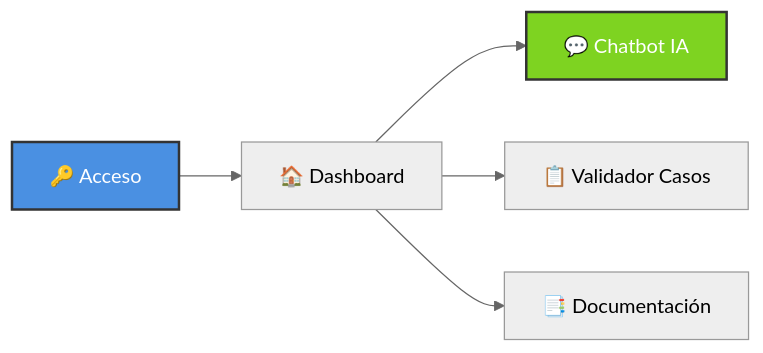
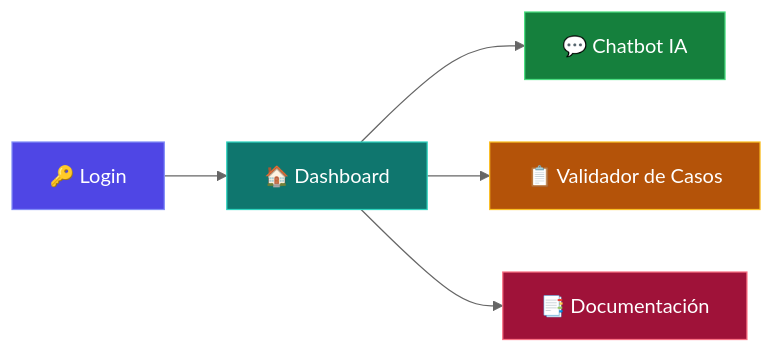
Before and after one commit to Alejandro14-hue/PIMD-CodeCrusaiders: the second of 2 diagrams in README.md, drawn with Mermaid (neutral theme). The commit also changed other lines of this file, not shown here.

````diff
--- a/README.md
+++ b/README.md
@@ -74,10 +92,13 @@
 ```mermaid
-graph LR
-    Login[🔑 Acceso] --> Dash[🏠 Dashboard]
-    Dash --> Chat[💬 Chatbot IA]
-    Dash --> Validar[📋 Validador Casos]
-    Dash --> Docs[📑 Documentación]
+flowchart LR
+    A["🔑 Login"] --> B["🏠 Dashboard"]
+    B --> C["💬 Chatbot IA"]
+    B --> D["📋 Validador de Casos"]
+    B --> E["📑 Documentación"]
 
-    style Login fill:#4A90E2,stroke:#333,stroke-width:2px,color:#fff
-    style Chat fill:#7ED321,stroke:#333,stroke-width:2px,color:#fff
+    style A fill:#4f46e5,stroke:#818cf8,color:#fff
+    style B fill:#0f766e,stroke:#2dd4bf,color:#fff
+    style C fill:#15803d,stroke:#4ade80,color:#fff
+    style D fill:#b45309,stroke:#fbbf24,color:#fff
+    style E fill:#9f1239,stroke:#fb7185,color:#fff
 ```
````
